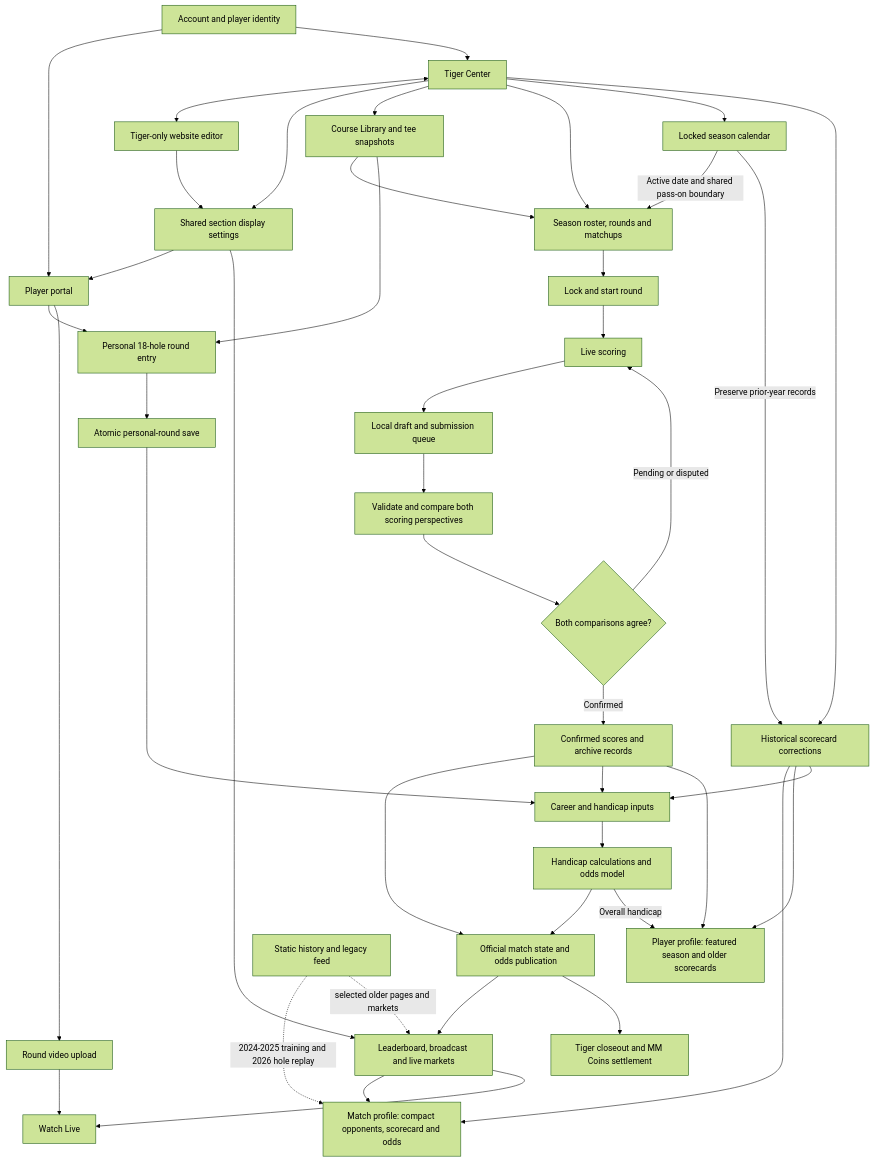
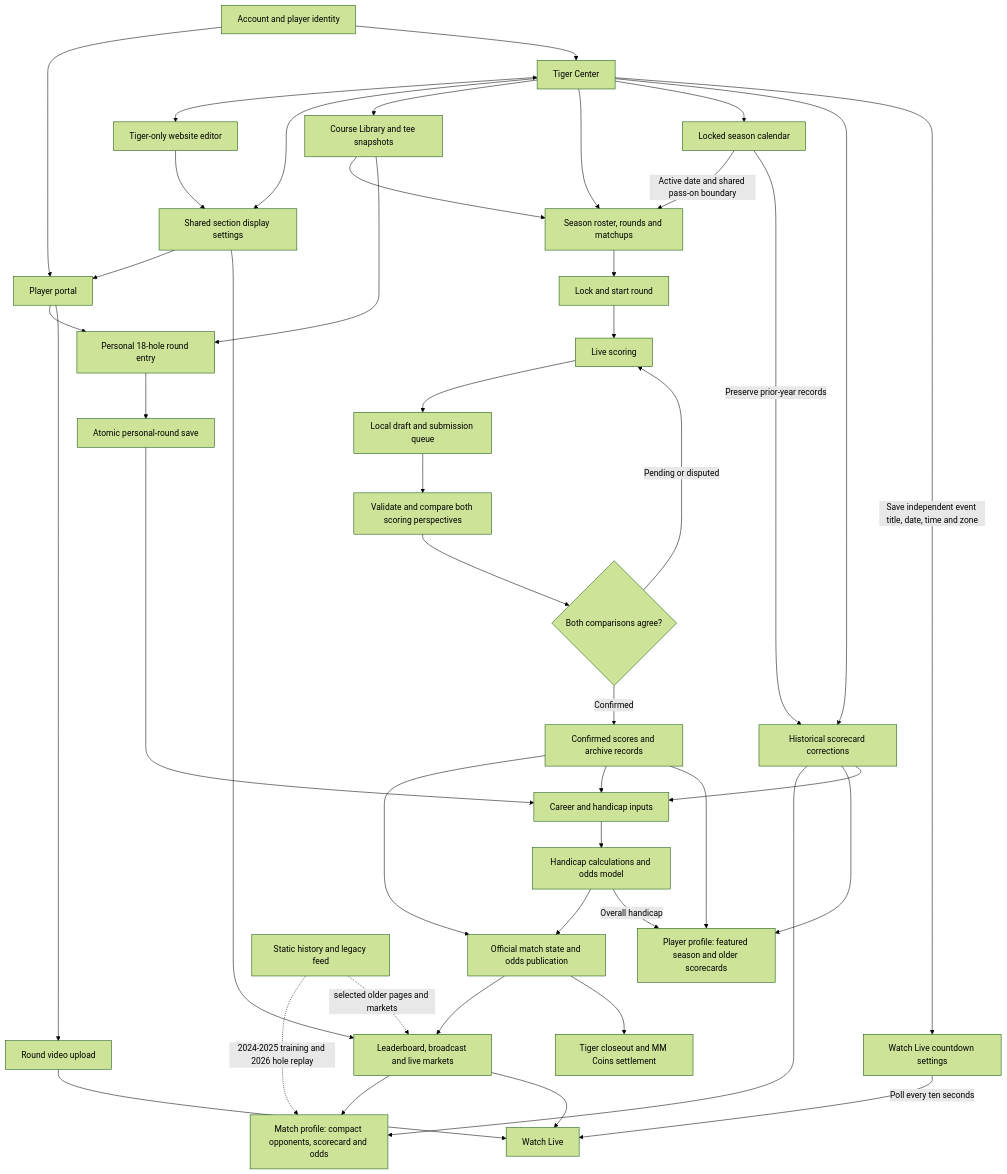
The diagram in docs/app-workflow.md (cadebarone00/MM-Website), drawn with Mermaid (forest theme) before and after one commit. The commit also changed other lines of this file and 3 other files, not shown here.

````diff
--- a/docs/app-workflow.md
+++ b/docs/app-workflow.md
@@ -9,7 +9,8 @@
 ```mermaid
 flowchart TD
+  %% Header countdown: configured home season, locked Session 1 date and first tee slot in the season time zone; exact days and HH:MM:SS on desktop/mobile.
   %% Home Teams year pill uses the Match Play expanding selector: inline year choices, collapse on selection or outside click, scrolling for longer year lists.
-  %% Home Teams year pill selects archived 2024-2026 rosters or confirmed native assignments; ten-second refresh restores team-specific TBD slots up to six per side.
+  %% Home Teams year pill selects archived 2024-2026 rosters or confirmed native assignments; ten-second refresh restores team-specific TBD slots up to six per side except the four-player 2024-2025 archives. Names face the center; blank MM Hcp, Sc. Avg., and TPE columns mirror outward without grid lines.
   %% Page and major section titles share the official Spectral Bold Maroon Masters title font.
   %% Home-screen bookmarks use the supplied metallic gold artwork with a maroon left M and white right M; Apple icon metadata and Android manifest supply resized PNG assets.
   %% Optional password-status migration derives player_slots.password_created from the linked Auth password credential; deployment pending.
@@ -81,6 +82,8 @@
   M -- Overall handicap --> PP
   %% Broadcast ticker: taller, content-sized top five; hidden while the individual leaderboard is visible.
   B --> W[Watch Live]
+  T -- Save independent event title, date, time and zone --> BC[Watch Live countdown settings]
+  BC -- Poll every ten seconds --> W
   P --> U[Round video upload]
   %% Home hype video plays directly from the public website-media R2 object; no tracked MP4.
   U --> W
````
